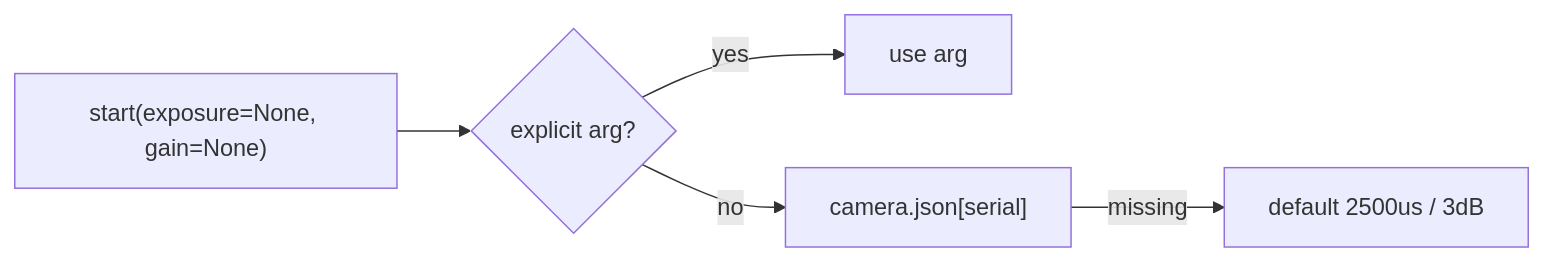
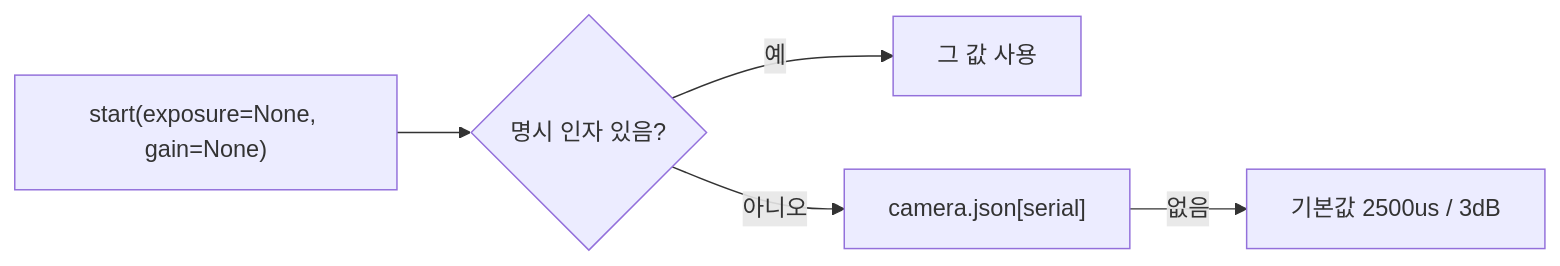
The sixth of 6 diagrams in docs/camera_system.md (willi19/paradex), drawn with Mermaid before and after one commit. The commit also changed other lines of this file and 154 other files, not shown here.

First line of the commit message:
docs: rewrite Camera System guide in Korean, flowing explanatory prose

````diff
--- a/docs/camera_system.md
+++ b/docs/camera_system.md
@@ -126,7 +147,7 @@
 ```{mermaid}
 flowchart LR
-    A["start(exposure=None, gain=None)"] --> B{"explicit arg?"}
-    B -->|yes| U["use arg"]
-    B -->|no| C["camera.json[serial]"]
-    C -->|missing| D["default 2500us / 3dB"]
+    A["start(exposure=None, gain=None)"] --> B{"명시 인자 있음?"}
+    B -->|예| U["그 값 사용"]
+    B -->|아니오| C["camera.json[serial]"]
+    C -->|없음| D["기본값 2500us / 3dB"]
 ```
````
